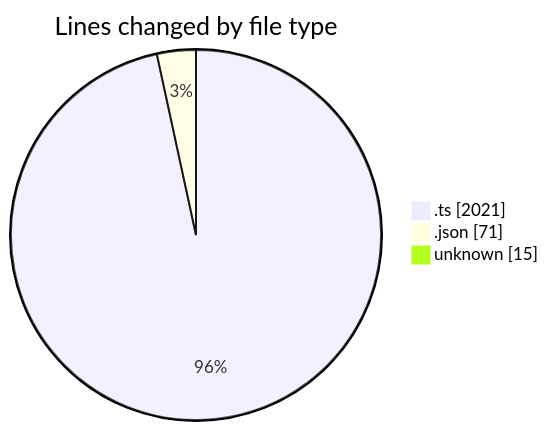
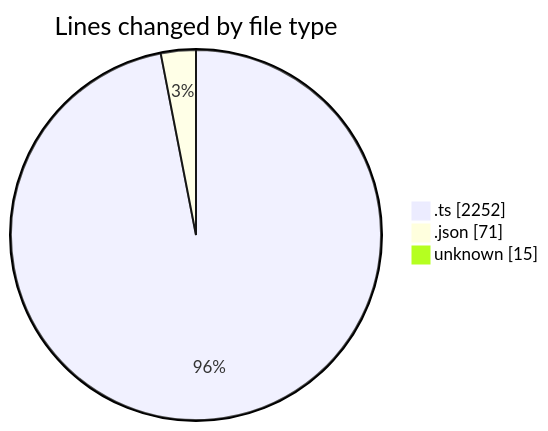
Before and after one commit to lephambinh05/code-tracking: the first of 2 diagrams in 2025-09-12/hiai-phf/README.md, drawn with Mermaid. The commit also changed other lines of this file and 1 other file, not shown here.

````diff
--- a/2025-09-12/hiai-phf/README.md
+++ b/2025-09-12/hiai-phf/README.md
@@ -26,7 +26,7 @@
 ```mermaid
 pie showData
 title Lines changed by file type
-".ts" : 2021
+".ts" : 2252
 ".json" : 71
 "unknown" : 15
 ```
````
